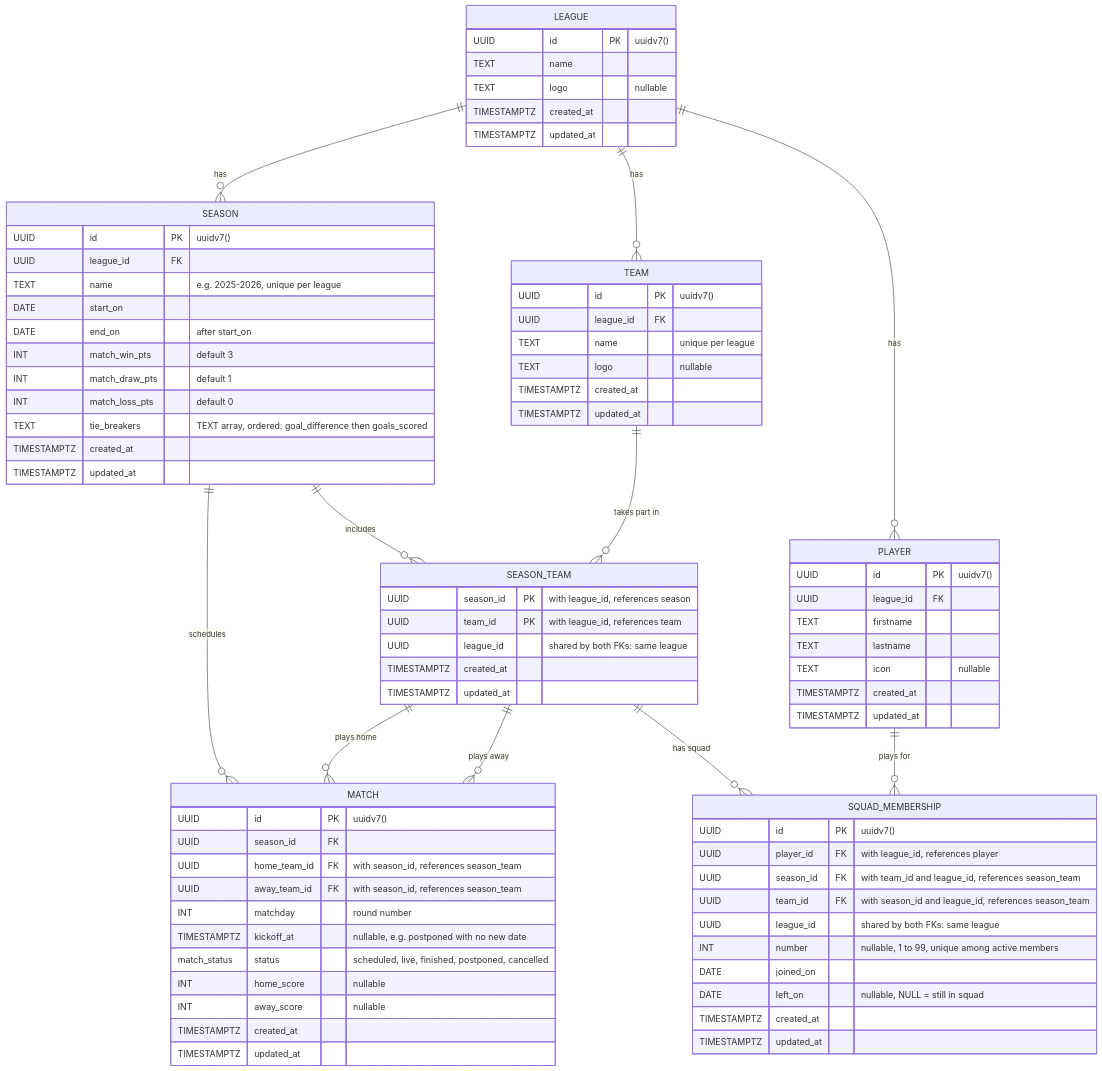
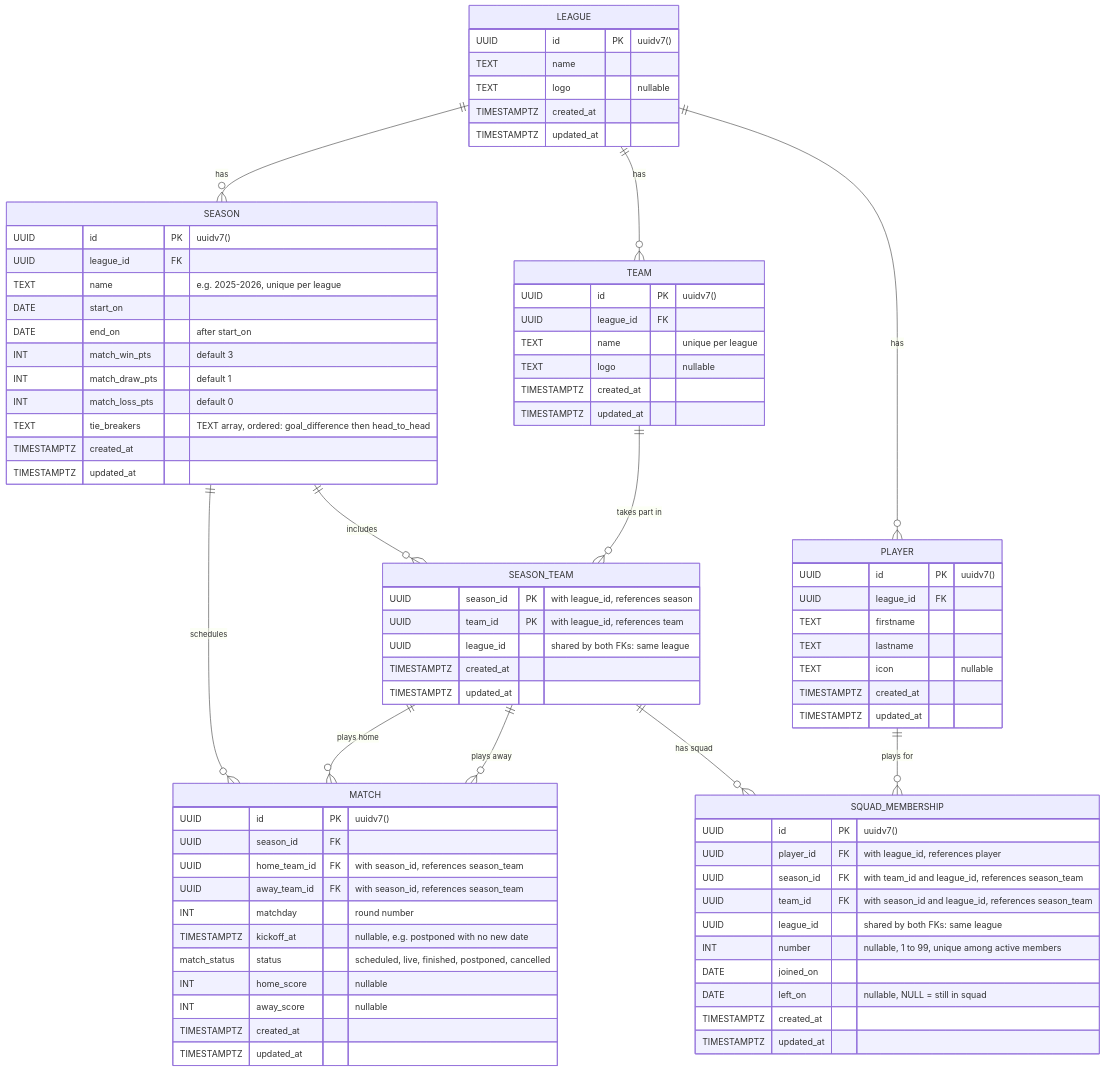
One commit to kejlerj/league-s changed the diagram in README.md. Above: the diagram before and after it, drawn with Mermaid. The commit also changed 14 other files, not shown here.

```diff
--- a/README.md
+++ b/README.md
@@ -135,7 +135,7 @@
         INT match_win_pts "default 3"
         INT match_draw_pts "default 1"
         INT match_loss_pts "default 0"
-        TEXT tie_breakers "TEXT array, ordered: goal_difference then goals_scored"
+        TEXT tie_breakers "TEXT array, ordered: goal_difference then head_to_head"
         TIMESTAMPTZ created_at
         TIMESTAMPTZ updated_at
     }
```
